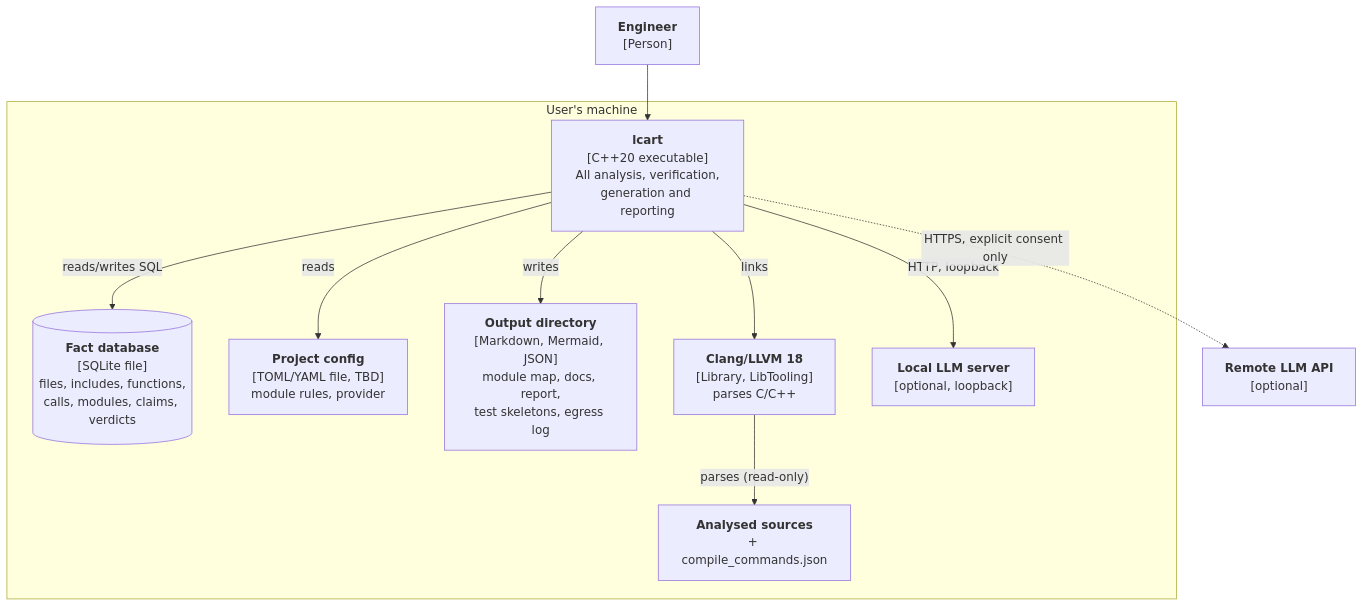
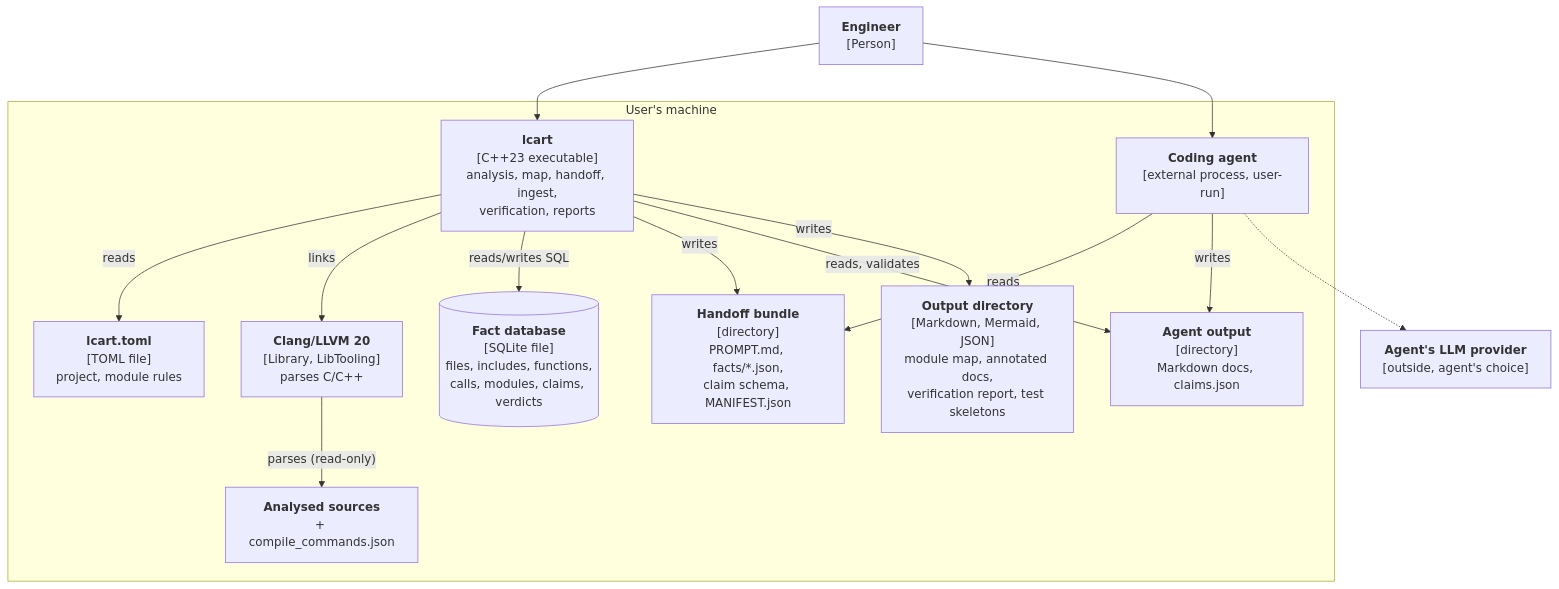
The diagram in docs/architecture/c4-container.md (Tomek52/legacy-cartographer), drawn with Mermaid before and after one commit. The commit also changed other lines of this file and 28 other files, not shown here.

First line of the commit message:
docs(adr): add ADRs 0006-0008 and the agent handoff contract

````diff
--- a/docs/architecture/c4-container.md
+++ b/docs/architecture/c4-container.md
@@ -3,25 +3,31 @@
 ```mermaid
 flowchart TB
     engineer["<b>Engineer</b><br/>[Person]"]
 
     subgraph machine["User's machine"]
-        cli["<b>lcart</b><br/>[C++20 executable]<br/>All analysis, verification,<br/>generation and reporting"]
+        cli["<b>lcart</b><br/>[C++23 executable]<br/>analysis, map, handoff, ingest,<br/>verification, reports"]
         db[("<b>Fact database</b><br/>[SQLite file]<br/>files, includes, functions,<br/>calls, modules, claims, verdicts")]
-        cfg["<b>Project config</b><br/>[TOML/YAML file, TBD]<br/>module rules, provider"]
-        out["<b>Output directory</b><br/>[Markdown, Mermaid, JSON]<br/>module map, docs, report,<br/>test skeletons, egress log"]
-        clang["<b>Clang/LLVM 18</b><br/>[Library, LibTooling]<br/>parses C/C++"]
+        cfg["<b>lcart.toml</b><br/>[TOML file]<br/>project, module rules"]
+        bundle["<b>Handoff bundle</b><br/>[directory]<br/>PROMPT.md, facts/*.json,<br/>claim schema, MANIFEST.json"]
+        agentout["<b>Agent output</b><br/>[directory]<br/>Markdown docs, claims.json"]
+        out["<b>Output directory</b><br/>[Markdown, Mermaid, JSON]<br/>module map, annotated docs,<br/>verification report, test skeletons"]
+        clang["<b>Clang/LLVM 20</b><br/>[Library, LibTooling]<br/>parses C/C++"]
         src["<b>Analysed sources</b><br/>+ compile_commands.json"]
-        ollama["<b>Local LLM server</b><br/>[optional, loopback]"]
+        agent["<b>Coding agent</b><br/>[external process, user-run]"]
     end
 
-    remote["<b>Remote LLM API</b><br/>[optional]"]
+    llmapi["<b>Agent's LLM provider</b><br/>[outside, agent's choice]"]
 
     engineer --> cli
+    engineer --> agent
     cli -- "reads" --> cfg
     cli -- "links" --> clang
     clang -- "parses (read-only)" --> src
     cli -- "reads/writes SQL" --> db
+    cli -- "writes" --> bundle
+    agent -- "reads" --> bundle
+    agent -- "writes" --> agentout
+    cli -- "reads, validates" --> agentout
     cli -- "writes" --> out
-    cli -- "HTTP, loopback" --> ollama
-    cli -. "HTTPS, explicit consent only" .-> remote
+    agent -.-> llmapi
 ```
````
